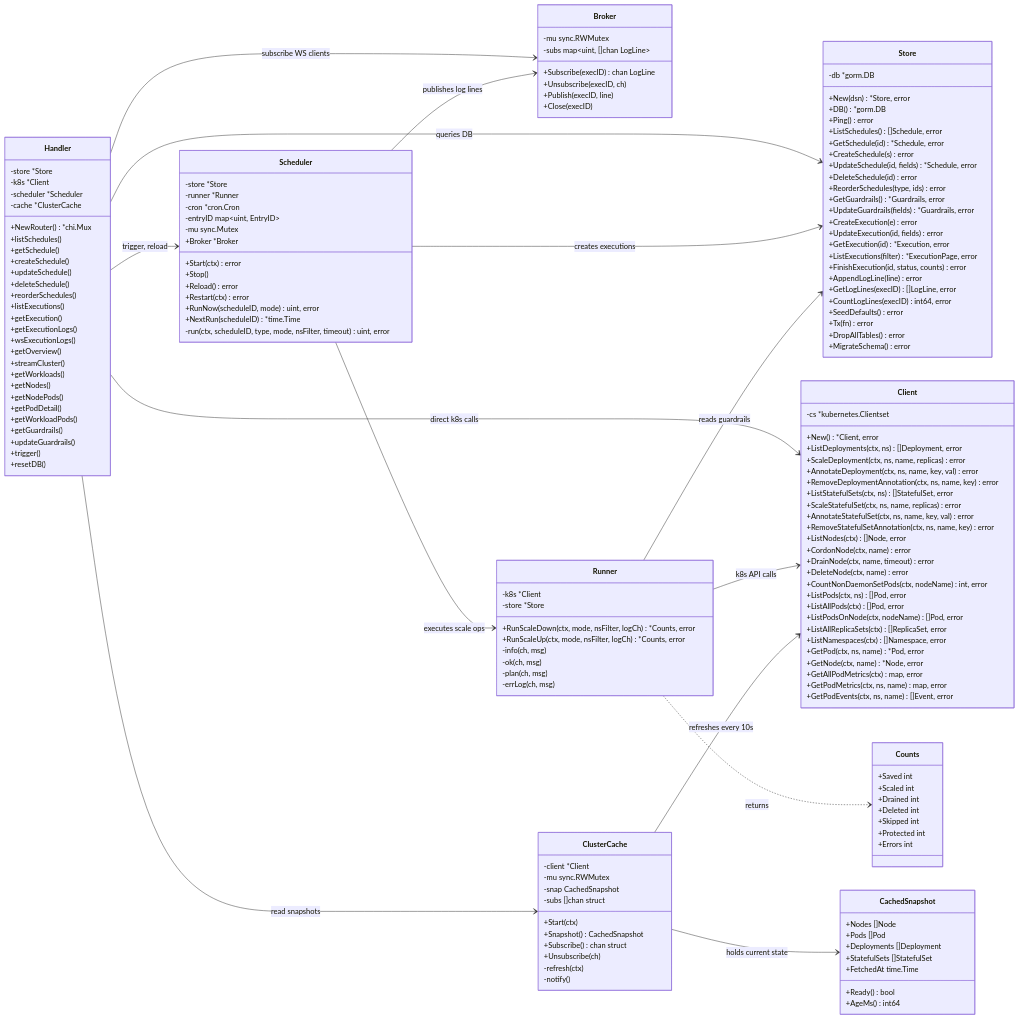
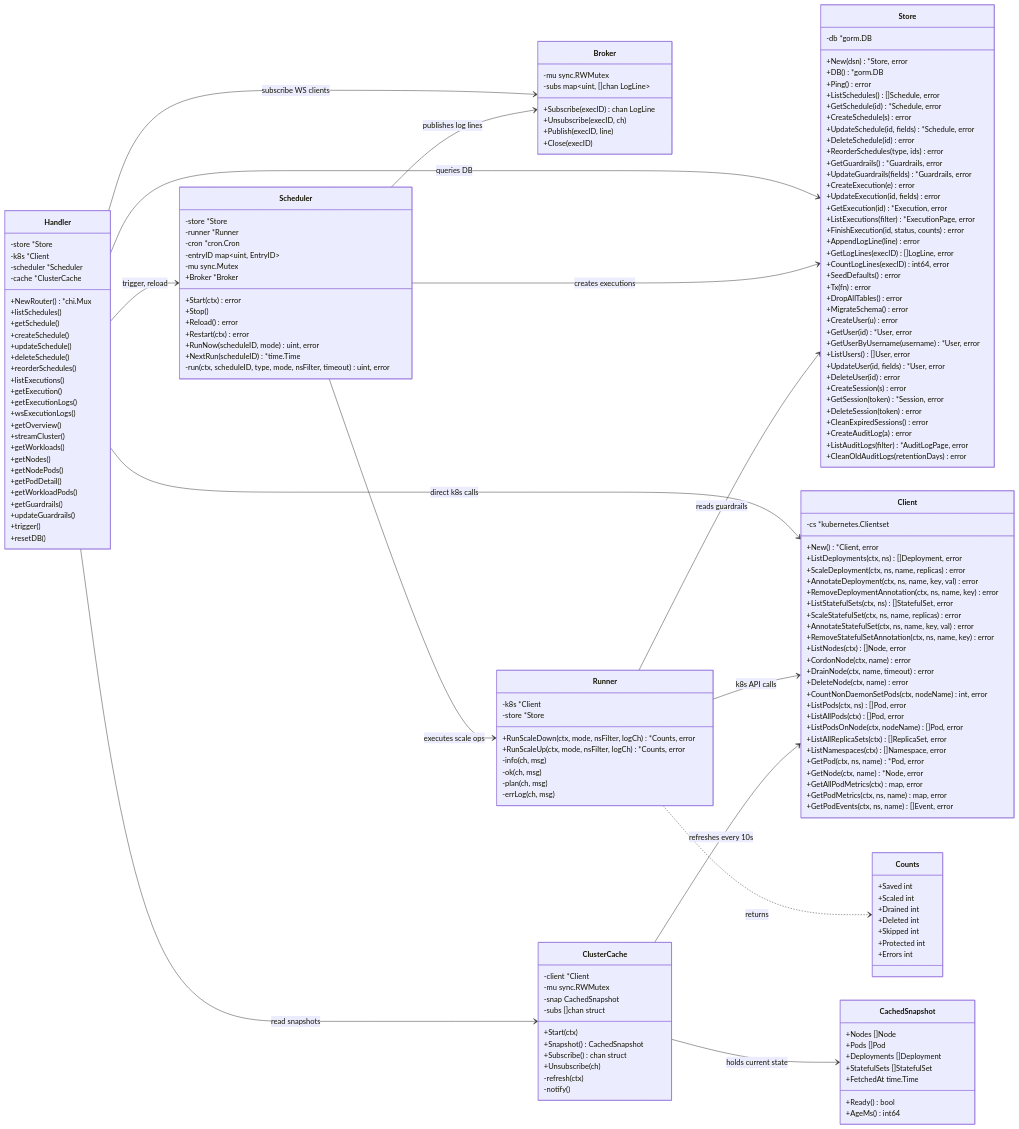
One commit to MacXsimilian/kube-phoenix changed the second of 9 diagrams in ARCHITECTURE.md. Above: the diagram before and after it, drawn with Mermaid. The commit also changed other lines of this file and 1 other file, not shown here.

Commit message:
docs: update README and ARCHITECTURE for user management feature

```diff
--- a/ARCHITECTURE.md
+++ b/ARCHITECTURE.md
@@ -1193,6 +1289,19 @@
         +Tx(fn) error
         +DropAllTables() error
         +MigrateSchema() error
+        +CreateUser(u) error
+        +GetUser(id) *User, error
+        +GetUserByUsername(username) *User, error
+        +ListUsers() []User, error
+        +UpdateUser(id, fields) *User, error
+        +DeleteUser(id) error
+        +CreateSession(s) error
+        +GetSession(token) *Session, error
+        +DeleteSession(token) error
+        +CleanExpiredSessions() error
+        +CreateAuditLog(a) error
+        +ListAuditLogs(filter) *AuditLogPage, error
+        +CleanOldAuditLogs(retentionDays) error
     }
 
     class Client {
```
